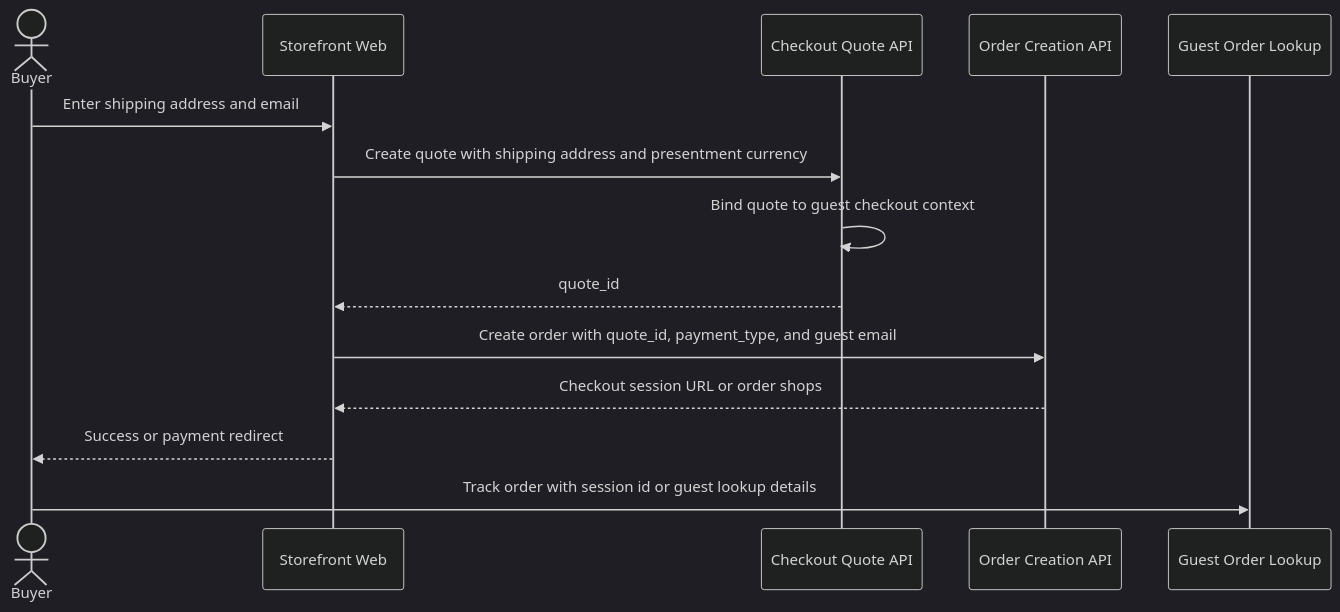
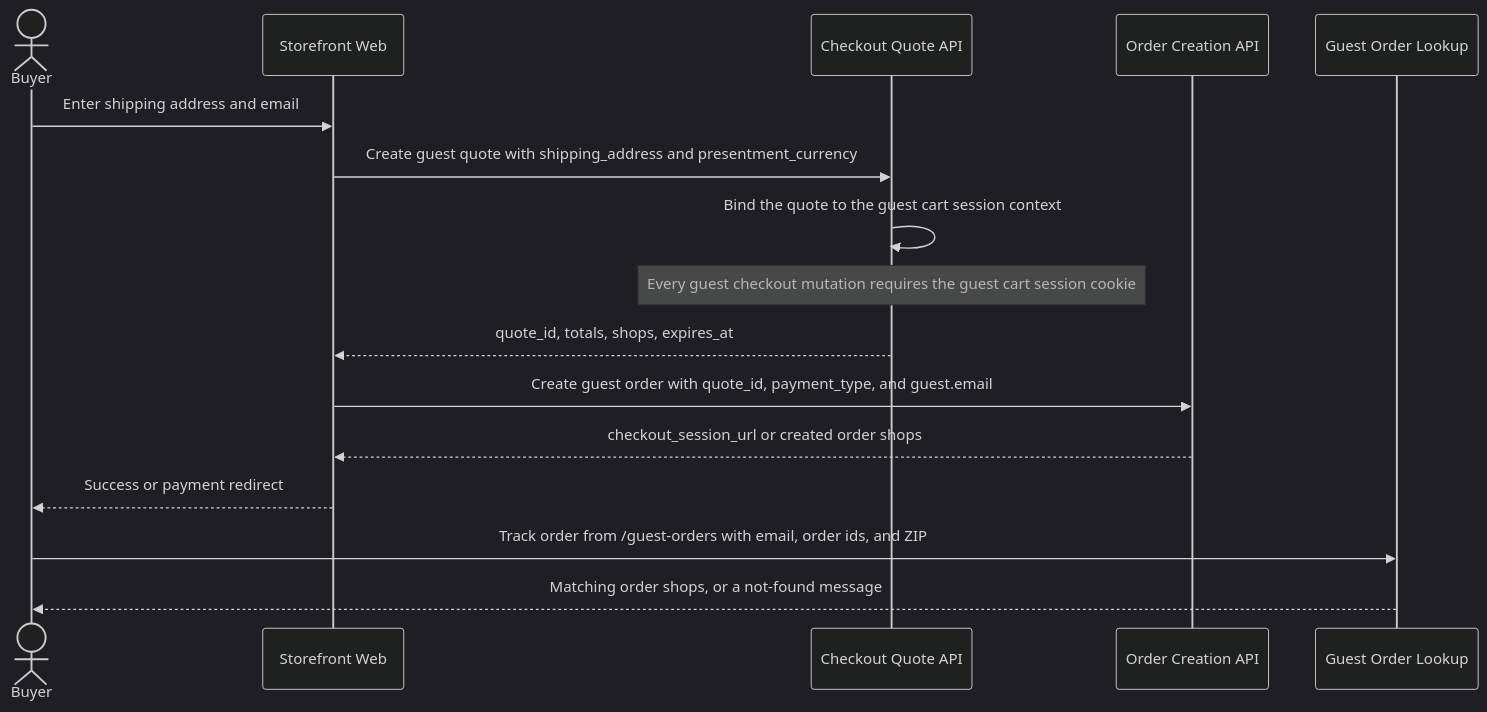
The diagram in docs/features/checkout/flows/guest-buyer.md (dauphaihau-arc/arc), drawn with Mermaid (dark theme) before and after one commit. The commit also changed other lines of this file and 19 other files, not shown here.

Commit message:
docs(checkout): align checkout flows with implemented API contracts

````diff
--- a/docs/features/checkout/flows/guest-buyer.md
+++ b/docs/features/checkout/flows/guest-buyer.md
@@ -5,17 +5,19 @@
 ```mermaid
 sequenceDiagram
     actor Buyer
     participant Web as Storefront Web
     participant Quote as Checkout Quote API
     participant Order as Order Creation API
     participant GuestLookup as Guest Order Lookup
 
     Buyer->>Web: Enter shipping address and email
-    Web->>Quote: Create quote with shipping address and presentment currency
-    Quote->>Quote: Bind quote to guest checkout context
-    Quote-->>Web: quote_id
-    Web->>Order: Create order with quote_id, payment_type, and guest email
-    Order-->>Web: Checkout session URL or order shops
+    Web->>Quote: Create guest quote with shipping_address and presentment_currency
+    Quote->>Quote: Bind the quote to the guest cart session context
+    Note over Quote: Every guest checkout mutation requires the guest cart session cookie
+    Quote-->>Web: quote_id, totals, shops, expires_at
+    Web->>Order: Create guest order with quote_id, payment_type, and guest.email
+    Order-->>Web: checkout_session_url or created order shops
     Web-->>Buyer: Success or payment redirect
-    Buyer->>GuestLookup: Track order with session id or guest lookup details
+    Buyer->>GuestLookup: Track order from /guest-orders with email, order ids, and ZIP
+    GuestLookup-->>Buyer: Matching order shops, or a not-found message
 ```
````
